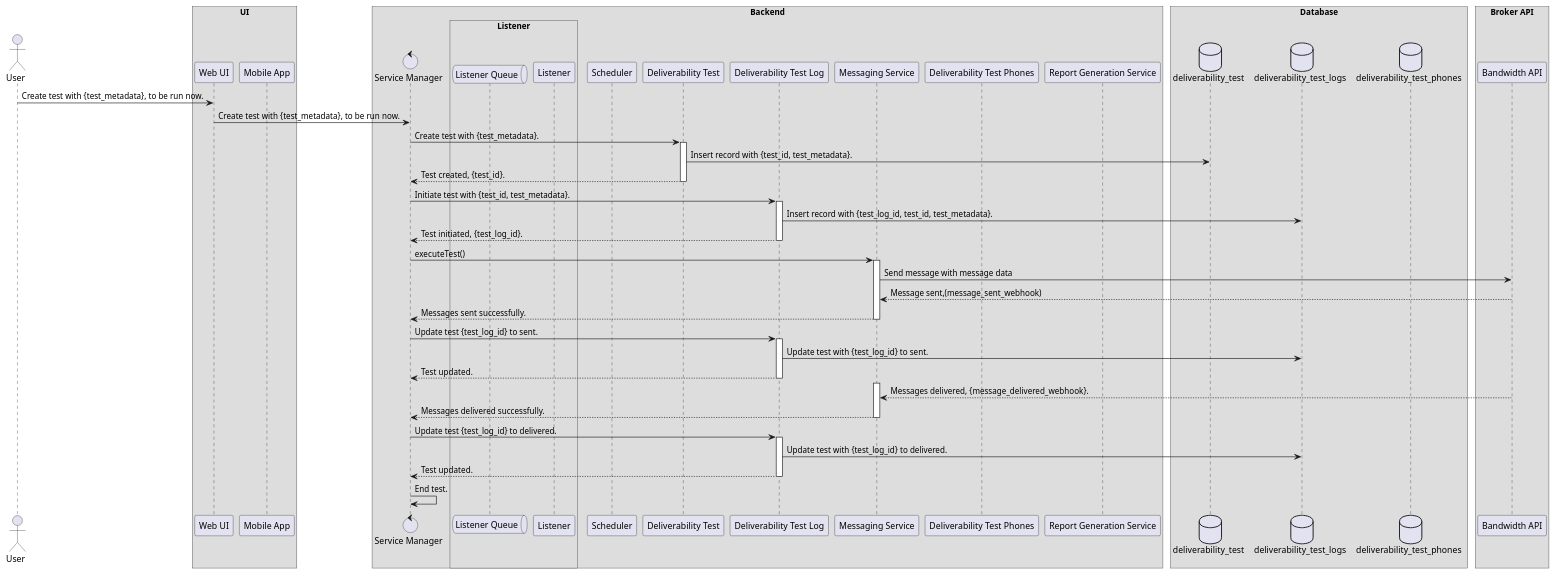
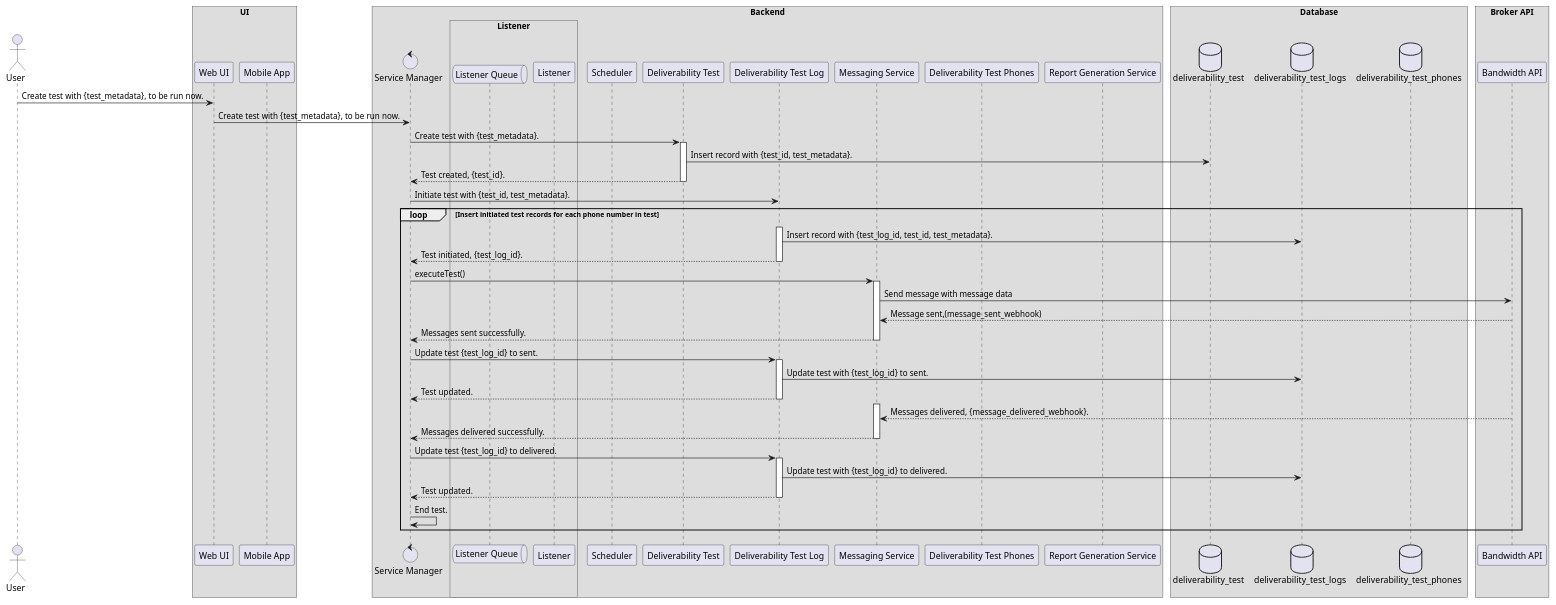
Before and after one commit to Xyz0074/testing-diagrams: the diagram in source/sequence-diagrams/test-creation-immediate-execution-sequence-diagram.puml, drawn with PlantUML.

```diff
--- a/source/sequence-diagrams/test-creation-immediate-execution-sequence-diagram.puml
+++ b/source/sequence-diagrams/test-creation-immediate-execution-sequence-diagram.puml
@@ -1,72 +1,74 @@
 @startuml
 !pragma teoz true
 
 /'Defines the protocol when a user submits a request to create and execute a test immediately'/
 /'author: Luvai Cutlerywala <luvaidc@gmail.com>'/
 
 /'Define the actors and participants.'/
 actor User as user
 
 box UI
     participant "Web UI" as web_ui
     participant "Mobile App" as mobile_app
 end box
 
 box Backend
     control "Service Manager" as service_manager
     box Listener
         queue "Listener Queue" as listener_queue
         participant "Listener" as listener
     end box
     participant "Scheduler" as scheduler
     participant "Deliverability Test" as deliverability_test
     participant "Deliverability Test Log" as deliverability_test_log
     participant "Messaging Service" as messenger
     participant "Deliverability Test Phones" as deliverability_test_phones
     participant "Report Generation Service" as report_generator
 end box
 
 box Database
     database deliverability_test as dt
     database deliverability_test_logs as dtl
     database deliverability_test_phones as dtp
 end box
 
 box "Broker API"
     participant "Bandwidth API" as broker_api
 end box
 
 user -> web_ui: Create test with {test_metadata}, to be run now.
 web_ui -> service_manager: Create test with {test_metadata}, to be run now.
 service_manager -> deliverability_test: Create test with {test_metadata}.
 activate deliverability_test
 deliverability_test -> dt: Insert record with {test_id, test_metadata}.
 deliverability_test --> service_manager: Test created, {test_id}.
 deactivate deliverability_test
 service_manager -> deliverability_test_log: Initiate test with {test_id, test_metadata}.
+loop Insert initiated test records for each phone number in test
 activate deliverability_test_log
 deliverability_test_log -> dtl: Insert record with {test_log_id, test_id, test_metadata}.
 deliverability_test_log --> service_manager: Test initiated, {test_log_id}.
 deactivate deliverability_test_log
 service_manager -> messenger: executeTest()
 activate messenger
 messenger -> broker_api: Send message with message data
 broker_api-->messenger:Message sent,(message_sent_webhook)
 messenger --> service_manager: Messages sent successfully.
 deactivate messenger
 service_manager -> deliverability_test_log: Update test {test_log_id} to sent.
 activate deliverability_test_log
 deliverability_test_log -> dtl: Update test with {test_log_id} to sent.
 deliverability_test_log --> service_manager: Test updated.
 deactivate deliverability_test_log
 activate messenger
 broker_api --> messenger: Messages delivered, {message_delivered_webhook}.
 messenger --> service_manager: Messages delivered successfully.
 deactivate messenger
 service_manager -> deliverability_test_log: Update test {test_log_id} to delivered.
 activate deliverability_test_log
 deliverability_test_log -> dtl: Update test with {test_log_id} to delivered.
 deliverability_test_log --> service_manager: Test updated.
 deactivate deliverability_test_log
 service_manager -> service_manager: End test.
+end
 @enduml
```
